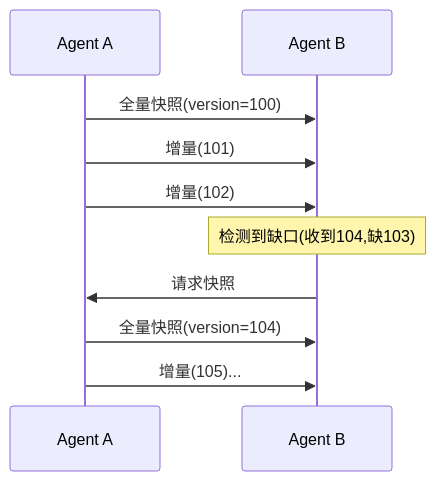
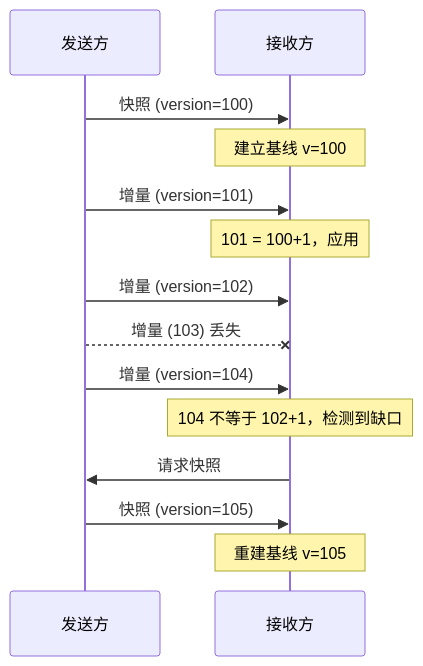
Before and after one commit to cavemancave/mw-study: the eighth of 13 diagrams in docs/chapter9.md, drawn with Mermaid. The commit also changed other lines of this file, not shown here.

First line of the commit message:
expand chapter 9 into book depth: multi-agent and distributed state

````diff
--- a/docs/chapter9.md
+++ b/docs/chapter9.md
@@ -29,12 +496,16 @@
 ```mermaid
 sequenceDiagram
-    participant A as Agent A
-    participant B as Agent B
-    A->>B: 全量快照(version=100)
-    A->>B: 增量(101)
-    A->>B: 增量(102)
-    Note over B: 检测到缺口(收到104,缺103)
+    participant A as 发送方
+    participant B as 接收方
+    A->>B: 快照 (version=100)
+    Note over B: 建立基线 v=100
+    A->>B: 增量 (version=101)
+    Note over B: 101 = 100+1，应用
+    A->>B: 增量 (version=102)
+    A--xB: 增量 (103) 丢失
+    A->>B: 增量 (version=104)
+    Note over B: 104 不等于 102+1，检测到缺口
     B->>A: 请求快照
-    A->>B: 全量快照(version=104)
-    A->>B: 增量(105)...
+    A->>B: 快照 (version=105)
+    Note over B: 重建基线 v=105
 ```
````
